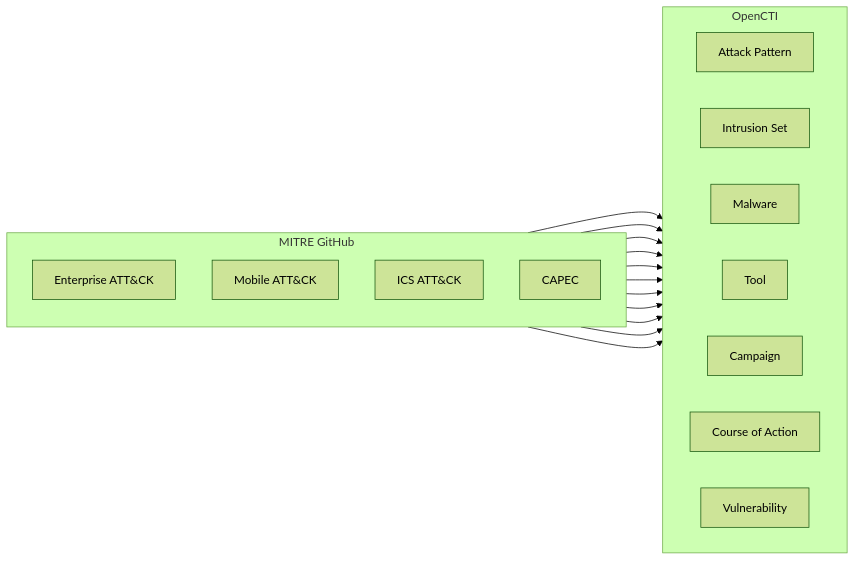
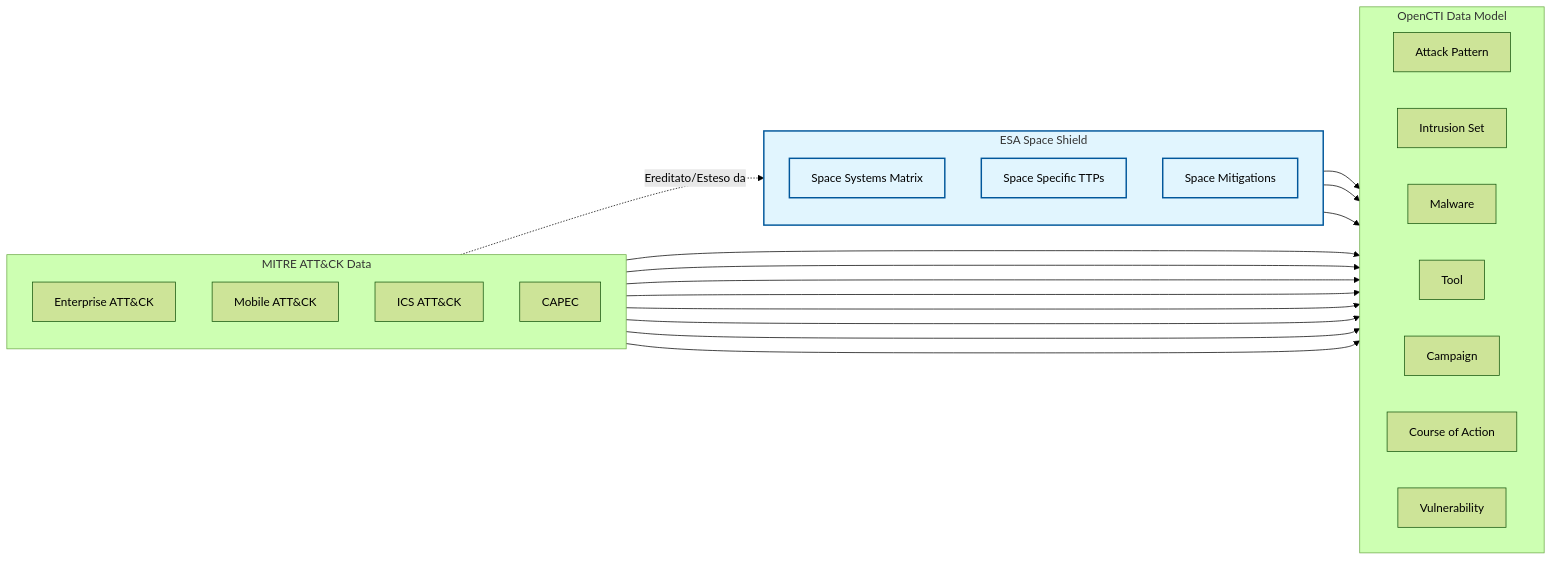
Before and after one commit to SERLABUniba/opencti_connector_spaceshield: the diagram in README.md, drawn with Mermaid (forest theme).

Commit message:
Update README.md - graph

````diff
--- a/README.md
+++ b/README.md
@@ -148,33 +148,50 @@
 ```mermaid
 graph LR
-    subgraph MITRE GitHub
+    subgraph MITRE_GitHub [MITRE ATT&CK Data]
         direction TB
         Enterprise[Enterprise ATT&CK]
         Mobile[Mobile ATT&CK]
         ICS[ICS ATT&CK]
         CAPEC[CAPEC]
     end
 
-    subgraph OpenCTI
+    subgraph ESA_SpaceShield [ESA Space Shield]
+        direction TB
+        SpaceMatrix[Space Systems Matrix]
+        SpaceTechniques[Space Specific TTPs]
+        SpaceMitigations[Space Mitigations]
+    end
+
+    subgraph OpenCTI_Entities [OpenCTI Data Model]
         direction LR
         AttackPattern[Attack Pattern]
         IntrusionSet[Intrusion Set]
         Malware[Malware]
         Tool[Tool]
         Campaign[Campaign]
         Course[Course of Action]
         Vulnerability[Vulnerability]
     end
 
+    %% Heredity
+    Enterprise -.-> |"Ereditato/Esteso da"| SpaceMatrix
+    
+    %% Mapping MITRE -> OpenCTI
     Enterprise --> AttackPattern
     Enterprise --> IntrusionSet
     Enterprise --> Malware
     Enterprise --> Tool
     Enterprise --> Campaign
     Enterprise --> Course
-    Mobile --> AttackPattern
-    Mobile --> Malware
-    ICS --> AttackPattern
     CAPEC --> AttackPattern
     CAPEC --> Vulnerability
+
+    %% Mapping Space Shield -> OpenCTI
+    SpaceMatrix --> AttackPattern
+    SpaceTechniques --> AttackPattern
+    SpaceMitigations --> Course
+    
+    
+    classDef space fill:#e1f5fe,stroke:#01579b,stroke-width:2px;
+    class ESA_SpaceShield,SpaceMatrix,SpaceTechniques,SpaceMitigations space;
 ```
````
